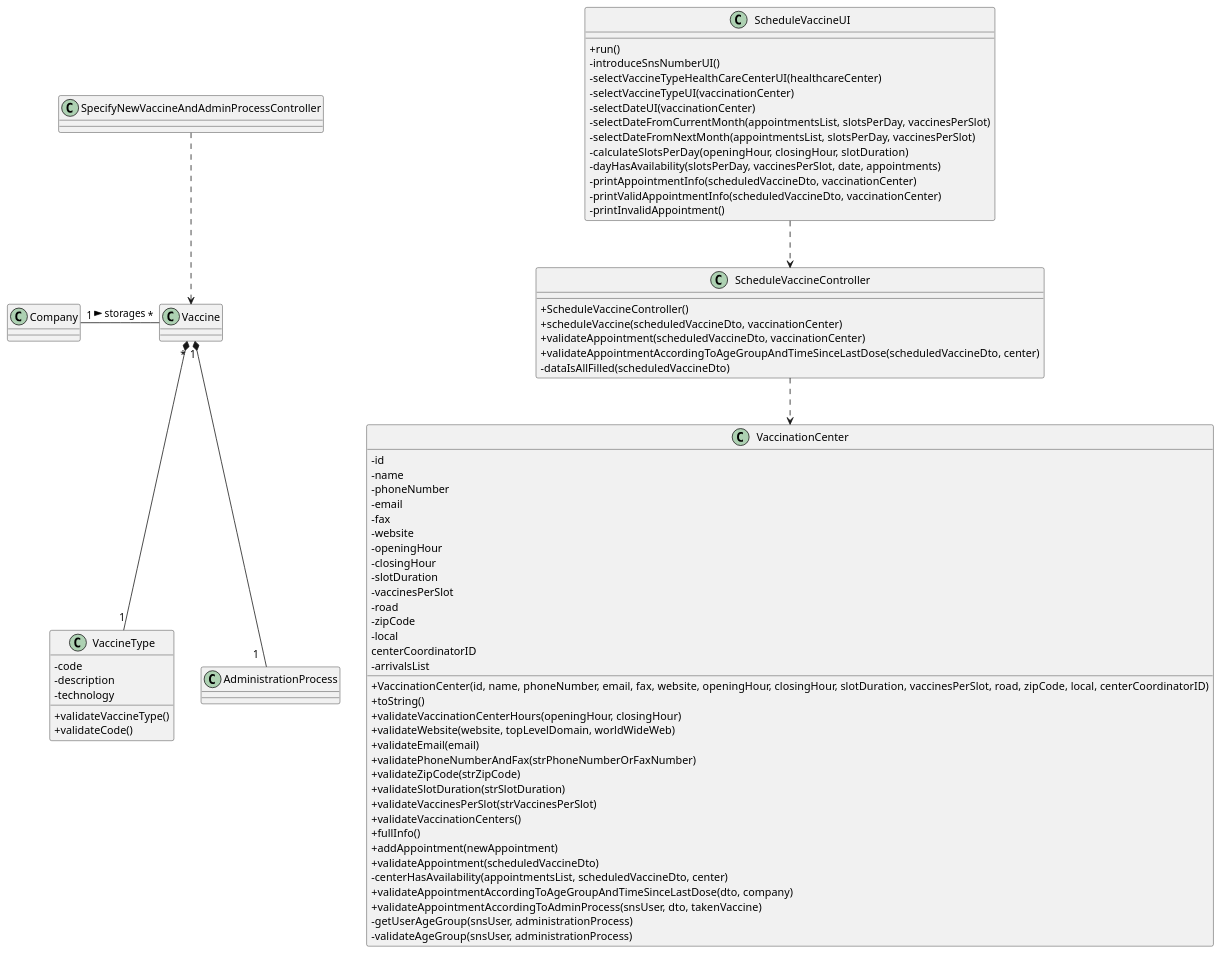
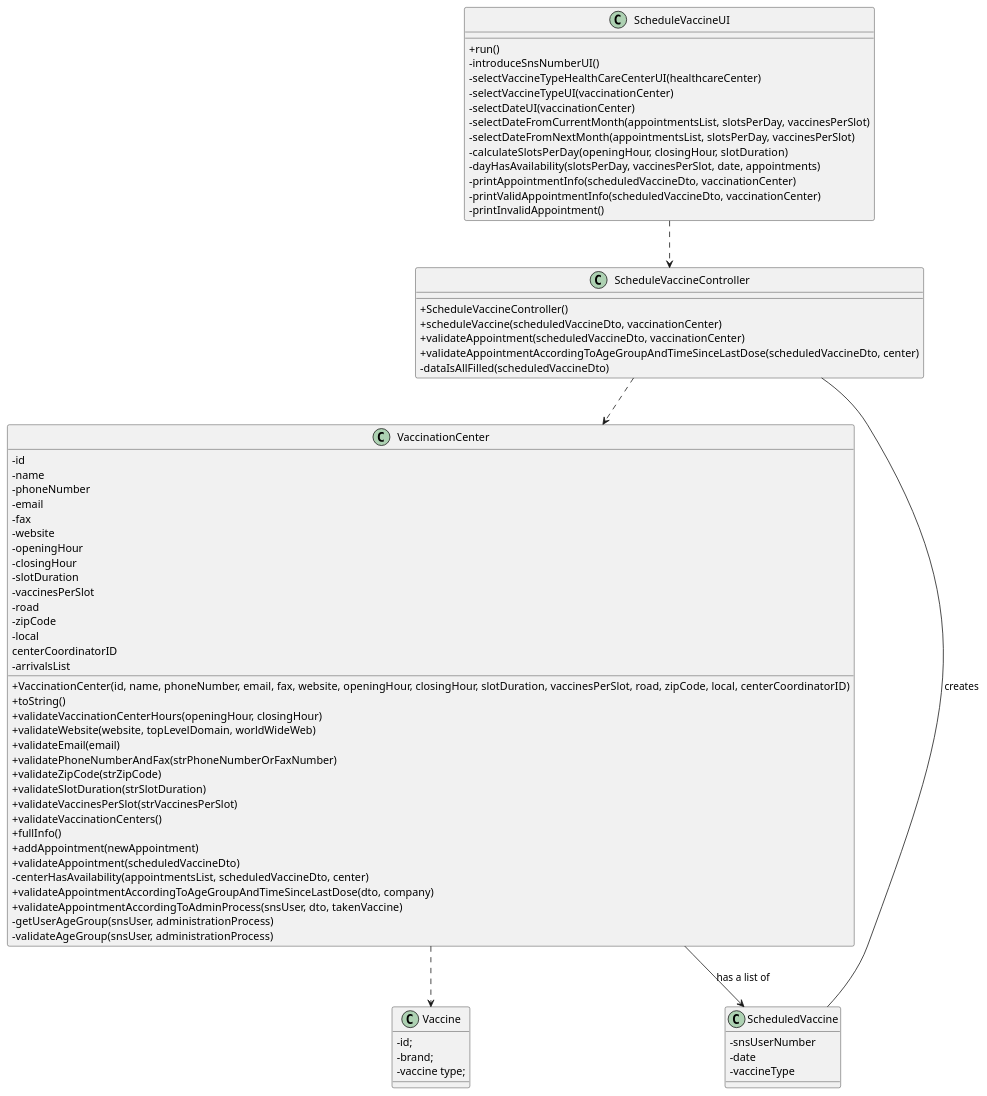
One commit to Pirussa/lei-22-s2-1da-g02 changed the diagram in docs/SprintC/US001/US001_CD.puml. Above: the diagram before and after it, drawn with PlantUML.

Commit message:
USOO1 & US002 - Design - Class Diagram finished, will be reviewed for some possible changes. Together with Gustavo Jorge.

```diff
--- a/docs/SprintC/US001/US001_CD.puml
+++ b/docs/SprintC/US001/US001_CD.puml
@@ -1,81 +1,82 @@
 @startuml
 skinparam classAttributeIconSize 0
 
 class ScheduleVaccineUI {
 +run()
 -introduceSnsNumberUI()
 -selectVaccineTypeHealthCareCenterUI(healthcareCenter)
 -selectVaccineTypeUI(vaccinationCenter)
 -selectDateUI(vaccinationCenter)
 -selectDateFromCurrentMonth(appointmentsList, slotsPerDay, vaccinesPerSlot)
 -selectDateFromNextMonth(appointmentsList, slotsPerDay, vaccinesPerSlot)
 -calculateSlotsPerDay(openingHour, closingHour, slotDuration)
 -dayHasAvailability(slotsPerDay, vaccinesPerSlot, date, appointments)
 -printAppointmentInfo(scheduledVaccineDto, vaccinationCenter)
 -printValidAppointmentInfo(scheduledVaccineDto, vaccinationCenter)
 -printInvalidAppointment()
 }
 
 class ScheduleVaccineController {
 +ScheduleVaccineController()
 +scheduleVaccine(scheduledVaccineDto, vaccinationCenter)
 +validateAppointment(scheduledVaccineDto, vaccinationCenter)
 +validateAppointmentAccordingToAgeGroupAndTimeSinceLastDose(scheduledVaccineDto, center)
 -dataIsAllFilled(scheduledVaccineDto)
 }
 
-
-
-class VaccineType {
--code
--description
--technology
-+validateVaccineType()
-+validateCode()
-}
 
 class VaccinationCenter {
 -id
 -name
 -phoneNumber
 -email
 -fax
 -website
 -openingHour
 -closingHour
 -slotDuration
 -vaccinesPerSlot
 -road
 -zipCode
 -local
 centerCoordinatorID
 -arrivalsList
 +VaccinationCenter(id, name, phoneNumber, email, fax, website, openingHour, closingHour, slotDuration, vaccinesPerSlot, road, zipCode, local, centerCoordinatorID)
 +toString()
 +validateVaccinationCenterHours(openingHour, closingHour)
 +validateWebsite(website, topLevelDomain, worldWideWeb)
 +validateEmail(email)
 +validatePhoneNumberAndFax(strPhoneNumberOrFaxNumber)
 +validateZipCode(strZipCode)
 +validateSlotDuration(strSlotDuration)
 +validateVaccinesPerSlot(strVaccinesPerSlot)
 +validateVaccinationCenters()
 +fullInfo()
 +addAppointment(newAppointment)
 +validateAppointment(scheduledVaccineDto)
 -centerHasAvailability(appointmentsList, scheduledVaccineDto, center)
 +validateAppointmentAccordingToAgeGroupAndTimeSinceLastDose(dto, company)
 +validateAppointmentAccordingToAdminProcess(snsUser, dto, takenVaccine)
 -getUserAgeGroup(snsUser, administrationProcess)
 -validateAgeGroup(snsUser, administrationProcess)
 }
 
+class Vaccine {
+-id;
+-brand;
+-vaccine type;
+}
+
+ class ScheduledVaccine {
+ -snsUserNumber
+ -date
+ -vaccineType
+
+ }
+
 ScheduleVaccineUI ..> ScheduleVaccineController
 ScheduleVaccineController ..> VaccinationCenter
-Company "1" - "*" Vaccine : storages >
-SpecifyNewVaccineAndAdminProcessController ..> Vaccine
-Vaccine "*" *-- "1" VaccineType
-Vaccine "1" *-- "1  " AdministrationProcess
-
-
+ScheduleVaccineController -- ScheduledVaccine : creates
+VaccinationCenter ..> Vaccine
+VaccinationCenter --> ScheduledVaccine : has a list of
 @enduml
```
